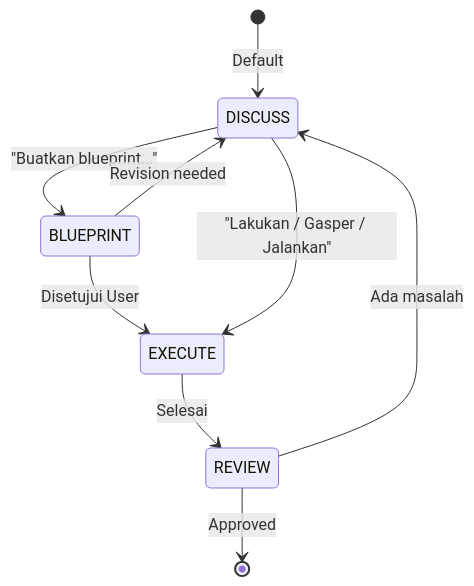
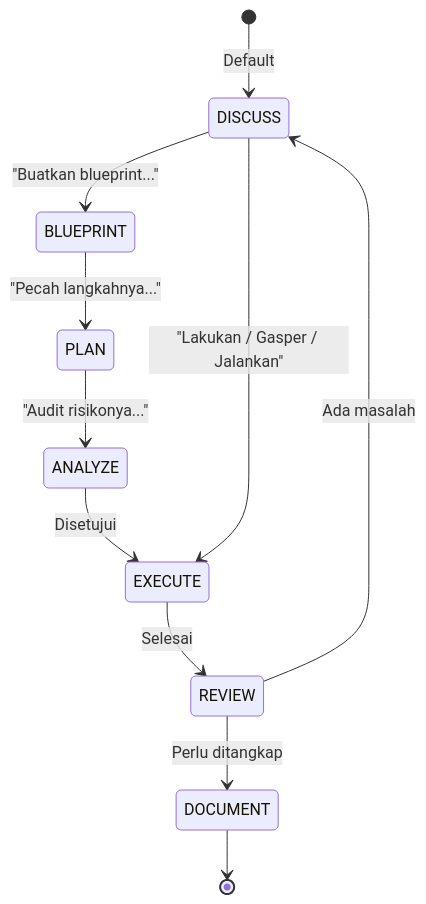
One commit to syahputrawork98-sketch/Cursor-SOP changed the diagram in RAK-02-Foundation-Core-Rules/README.md. Above: the diagram before and after it, drawn with Mermaid. The commit also changed other lines of this file and 7 other files, not shown here.

````diff
--- a/RAK-02-Foundation-Core-Rules/README.md
+++ b/RAK-02-Foundation-Core-Rules/README.md
@@ -19,11 +25,13 @@
 ```mermaid
 stateDiagram-v2
     [*] --> DISCUSS : Default
     DISCUSS --> BLUEPRINT : "Buatkan blueprint..."
-    BLUEPRINT --> DISCUSS : Revision needed
-    BLUEPRINT --> EXECUTE : Disetujui User
+    BLUEPRINT --> PLAN : "Pecah langkahnya..."
+    PLAN --> ANALYZE : "Audit risikonya..."
+    ANALYZE --> EXECUTE : Disetujui
     DISCUSS --> EXECUTE : "Lakukan / Gasper / Jalankan"
     EXECUTE --> REVIEW : Selesai
     REVIEW --> DISCUSS : Ada masalah
-    REVIEW --> [*] : Approved
+    REVIEW --> DOCUMENT : Perlu ditangkap
+    DOCUMENT --> [*]
 ```
````
